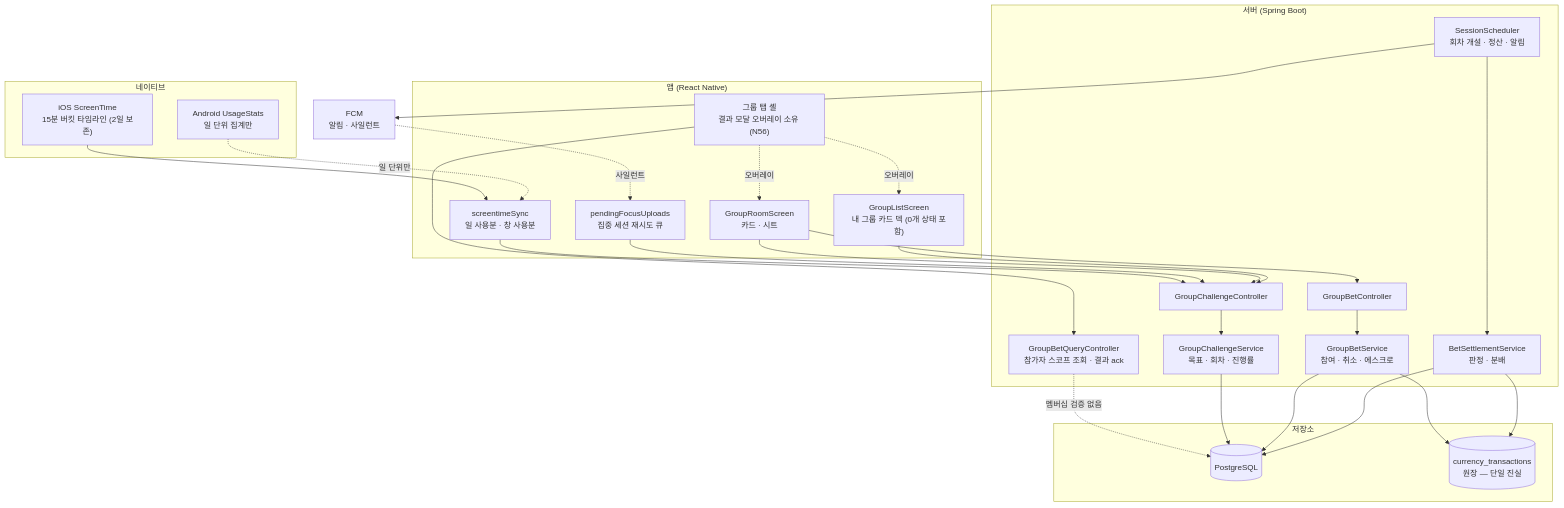
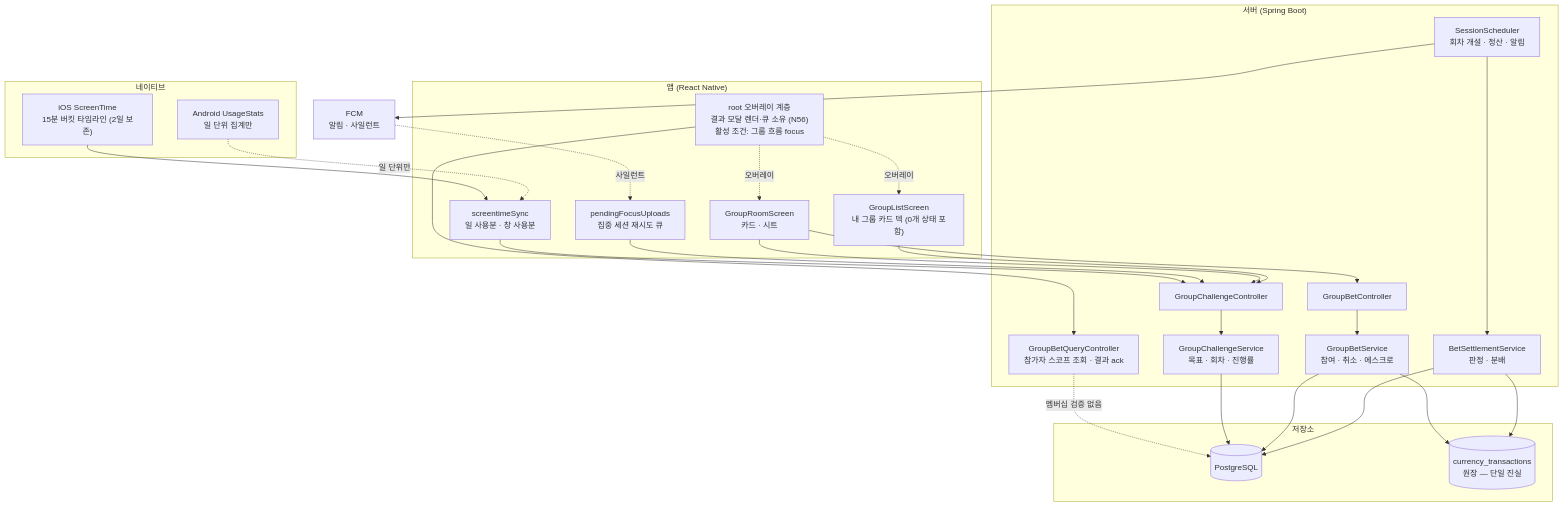
Before and after one commit to OneOrThree/phone: the first of 13 diagrams in docs/prd/challenge/high-level-design.md, drawn with Mermaid. The commit also changed other lines of this file and 4 other files, not shown here.

````diff
--- a/docs/prd/challenge/high-level-design.md
+++ b/docs/prd/challenge/high-level-design.md
@@ -14,45 +14,45 @@
 ```mermaid
 flowchart TB
     subgraph app["앱 (React Native)"]
         A1["GroupRoomScreen<br/>카드 · 시트"]
         A4["GroupListScreen<br/>내 그룹 카드 덱 (0개 상태 포함)"]
-        A0["그룹 탭 셸<br/>결과 모달 오버레이 소유 (N56)"]
+        A0["root 오버레이 계층<br/>결과 모달 렌더·큐 소유 (N56)<br/>활성 조건: 그룹 흐름 focus"]
         A2["screentimeSync<br/>일 사용분 · 창 사용분"]
         A3["pendingFocusUploads<br/>집중 세션 재시도 큐"]
     end
     subgraph native["네이티브"]
         N1["iOS ScreenTime<br/>15분 버킷 타임라인 (2일 보존)"]
         N2["Android UsageStats<br/>일 단위 집계만"]
     end
     subgraph server["서버 (Spring Boot)"]
         S1["GroupChallengeController"]
         S2["GroupBetController"]
         S7["GroupBetQueryController<br/>참가자 스코프 조회 · 결과 ack"]
         S3["GroupChallengeService<br/>목표 · 회차 · 진행률"]
         S4["GroupBetService<br/>참여 · 취소 · 에스크로"]
         S5["BetSettlementService<br/>판정 · 분배"]
         S6["SessionScheduler<br/>회차 개설 · 정산 · 알림"]
     end
     subgraph store["저장소"]
         DB[("PostgreSQL")]
         LEDGER[("currency_transactions<br/>원장 — 단일 진실")]
     end
     FCM["FCM<br/>알림 · 사일런트"]
 
     N1 --> A2
     N2 -.일 단위만.-> A2
     A2 --> S1
     A3 --> S1
     A1 --> S1 & S2
     A4 --> S1
     A0 --> S7
     A0 -.오버레이.-> A1 & A4
     S1 --> S3
     S2 --> S4
     S7 -.멤버십 검증 없음.-> DB
     S3 & S4 & S5 --> DB
     S4 & S5 --> LEDGER
     S6 --> S5
     S6 --> FCM
     FCM -.사일런트.-> A3
 ```
````
